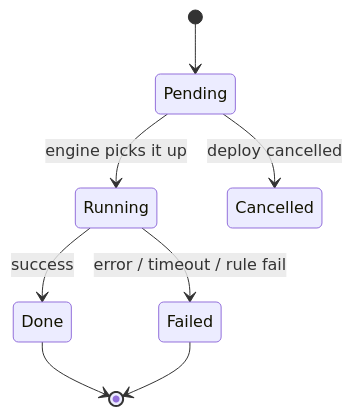
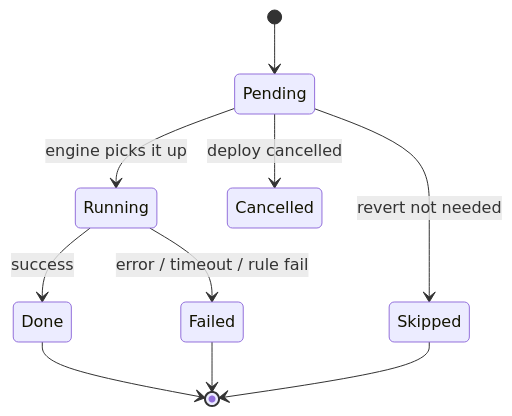
One commit to getappsh/docs changed the second of 6 diagrams in docs/root/deploy-v2.md. Above: the diagram before and after it, drawn with Mermaid. The commit also changed other lines of this file, not shown here.

````diff
--- a/docs/root/deploy-v2.md
+++ b/docs/root/deploy-v2.md
@@ -132,10 +151,12 @@
 ```mermaid
 stateDiagram-v2
     [*] --> Pending
     Pending --> Running: engine picks it up
     Running --> Done: success
     Running --> Failed: error / timeout / rule fail
+    Pending --> Skipped: revert not needed
     Pending --> Cancelled: deploy cancelled
     Done --> [*]
     Failed --> [*]
+    Skipped --> [*]
 ```
````
